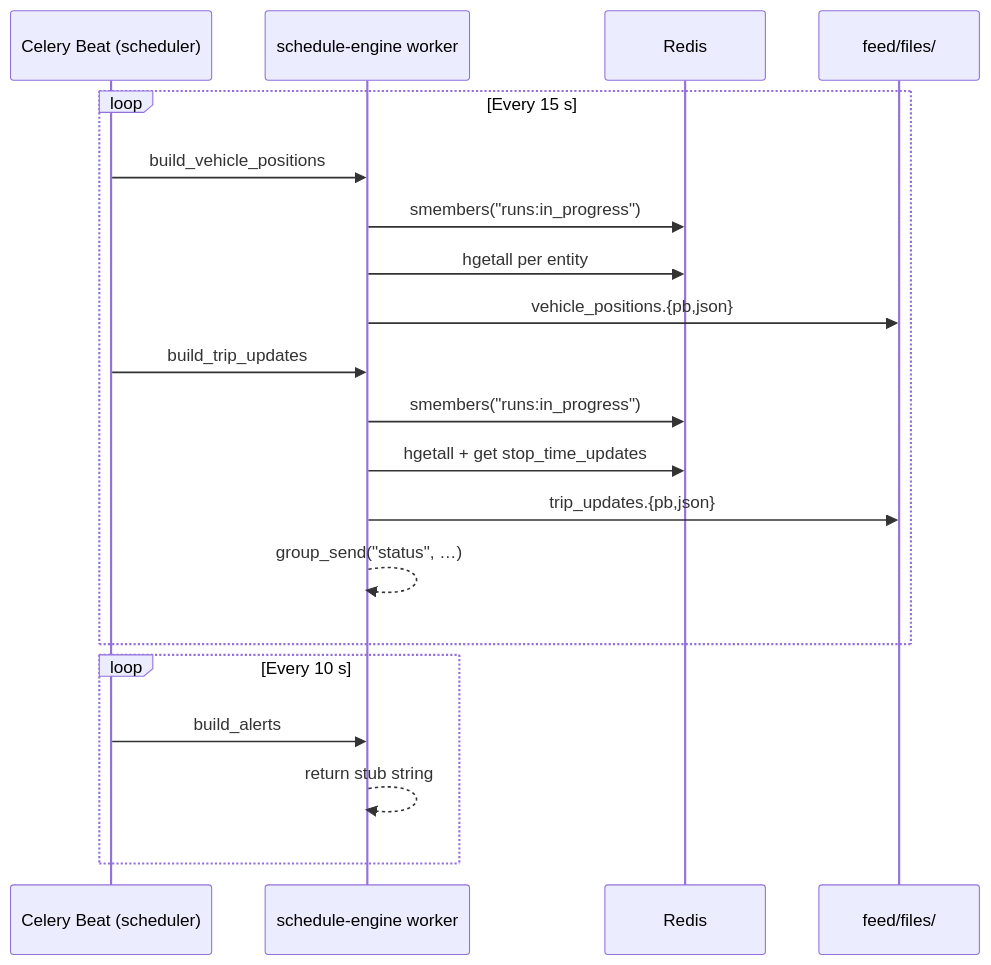
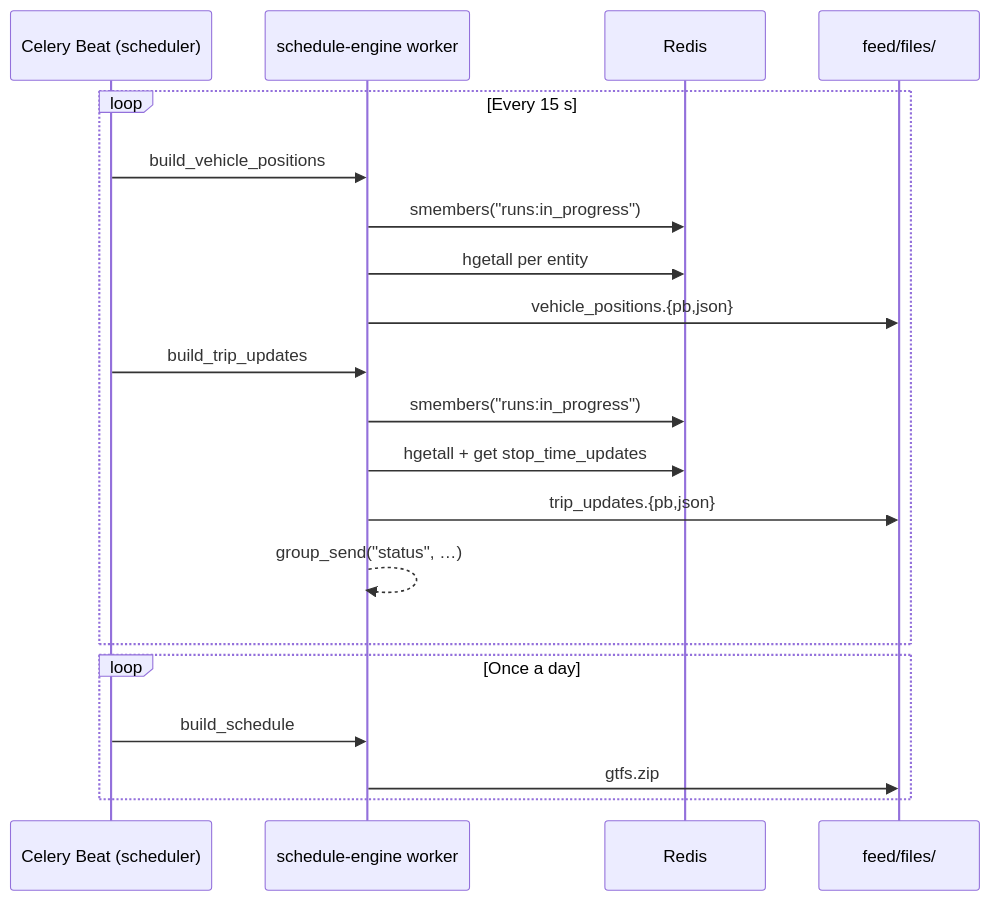
One commit to simovilab/databus changed the diagram in docs/content/data-flow/gtfs-rt-publishing.md. Above: the diagram before and after it, drawn with Mermaid. The commit also changed other lines of this file and 4 other files, not shown here.

Commit message:
docs(site): update data-flow section against current code

````diff
--- a/docs/content/data-flow/gtfs-rt-publishing.md
+++ b/docs/content/data-flow/gtfs-rt-publishing.md
@@ -127,24 +147,24 @@
 ```mermaid
 sequenceDiagram
     participant B as Celery Beat (scheduler)
     participant W as schedule-engine worker
     participant R as Redis
     participant F as feed/files/
 
     loop Every 15 s
         B->>W: build_vehicle_positions
         W->>R: smembers("runs:in_progress")
         W->>R: hgetall per entity
         W->>F: vehicle_positions.{pb,json}
         B->>W: build_trip_updates
         W->>R: smembers("runs:in_progress")
         W->>R: hgetall + get stop_time_updates
         W->>F: trip_updates.{pb,json}
         W-->>W: group_send("status", …)
     end
 
-    loop Every 10 s
-        B->>W: build_alerts
-        W-->>W: return stub string
+    loop Once a day
+        B->>W: build_schedule
+        W->>F: gtfs.zip
     end
 ```
````
